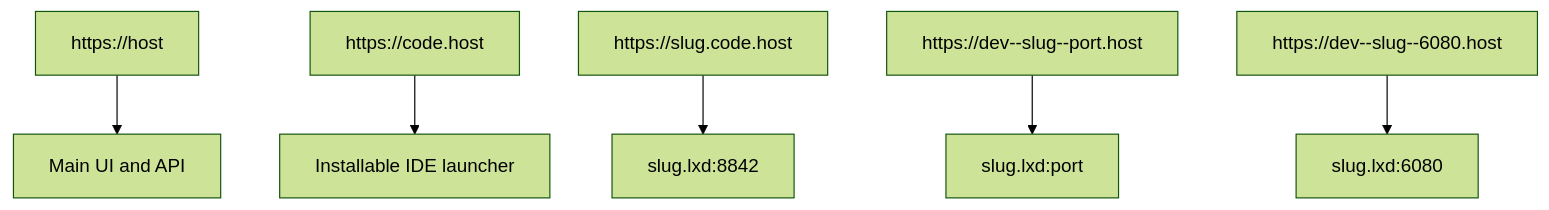
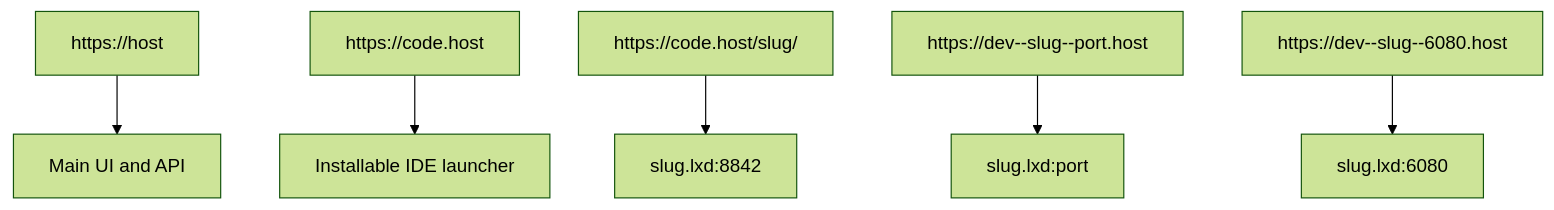
The sixth of 7 diagrams in docs/03-platform/06-previews-and-browser.md (AbdallahMohamedDotnet/remote.futrx), drawn with Mermaid (forest theme) before and after one commit. The commit also changed other lines of this file and 6 other files, not shown here.

````diff
--- a/docs/03-platform/06-previews-and-browser.md
+++ b/docs/03-platform/06-previews-and-browser.md
@@ -148,8 +148,8 @@
 ```mermaid
 flowchart TD
     Main["https://host"] --> Backend["Main UI and API"]
     IDELauncher["https://code.host"] --> Launcher["Installable IDE launcher"]
-    IDEProject["https://slug.code.host"] --> CodeServer["slug.lxd:8842"]
+    IDEProject["https://code.host/slug/"] --> CodeServer["slug.lxd:8842"]
     Preview["https://dev--slug--port.host"] --> ProjectApp["slug.lxd:port"]
     AgentView["https://dev--slug--6080.host"] --> NoVNC["slug.lxd:6080"]
 ```
````
